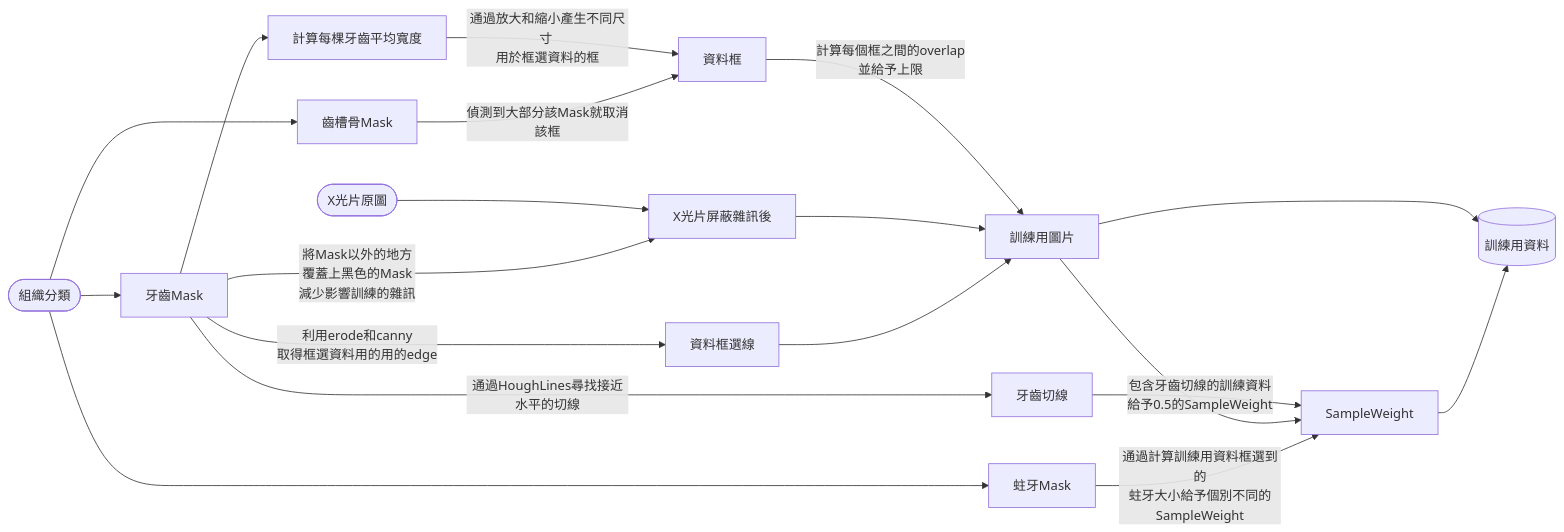
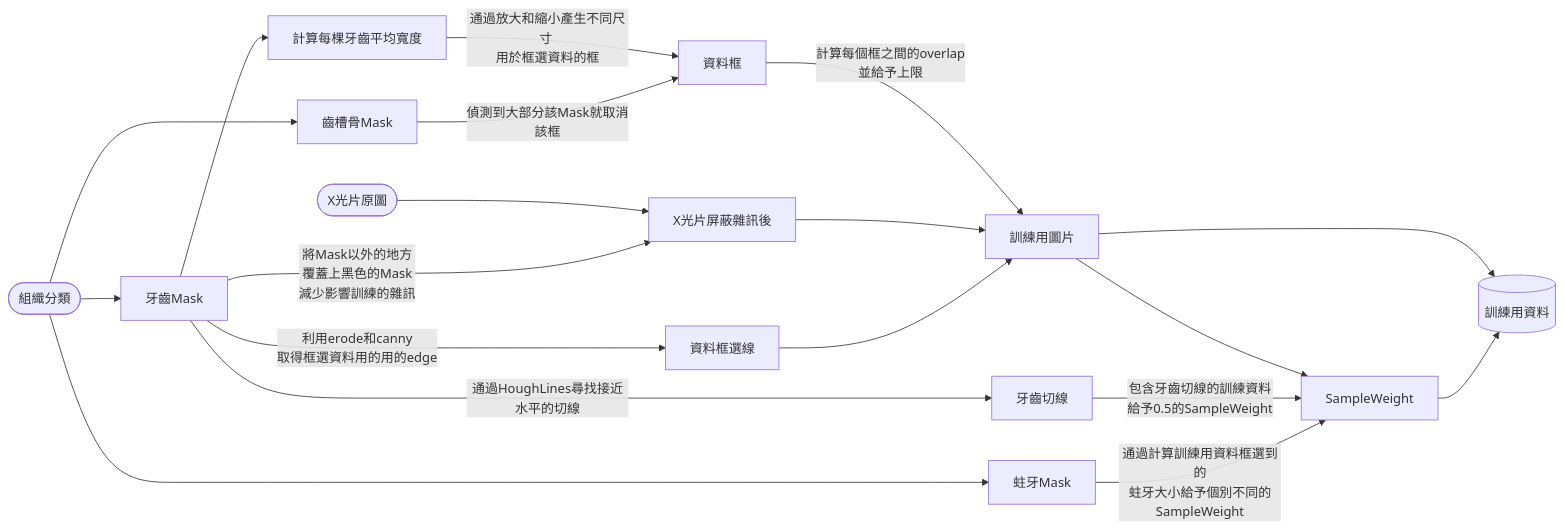
The diagram in Edge Frame Detection/README.md (JasonYeongg/CariesDetection), drawn with Mermaid before and after one commit.

````diff
--- a/Edge Frame Detection/README.md
+++ b/Edge Frame Detection/README.md
@@ -63,21 +63,21 @@
 ```mermaid
 flowchart LR
 A([X光片原圖]) --> F[X光片屏蔽雜訊後]
 B([組織分類]) --> C[牙齒Mask]
 B --> D[蛀牙Mask]
 B --> E[齒槽骨Mask]
 C --> G[計算每棵牙齒平均寬度]
 C -->|將Mask以外的地方 \n覆蓋上黑色的Mask \n減少影響訓練的雜訊| F
 C -->|利用erode和canny \n取得框選資料用的用的edge| H[資料框選線]
 G -->|通過放大和縮小產生不同尺寸 \n用於框選資料的框| I[資料框]
 E -->|偵測到大部分該Mask就取消該框| I
 I -->|計算每個框之間的overlap\n並給予上限| J[訓練用圖片]
 F --> J
 H --> J
 C -->|通過HoughLines尋找接近水平的切線| K[牙齒切線]
-K -->|包含牙齒切線的訓練資料\n給予0.5的SampleWeight| L[SampleWeight]
-J --> L
+J --> L[SampleWeight]
+K -->|包含牙齒切線的訓練資料\n給予0.5的SampleWeight| L
 D -->|通過計算訓練用資料框選到的\n蛀牙大小給予個別不同的SampleWeight| L
 J --> M[(訓練用資料)]
 L --> M
 ```
````
